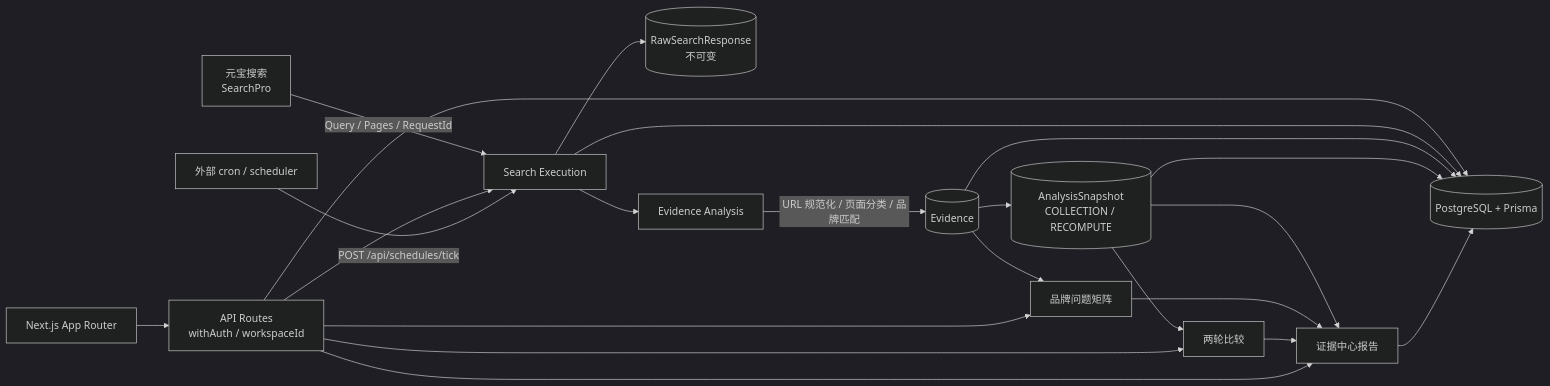
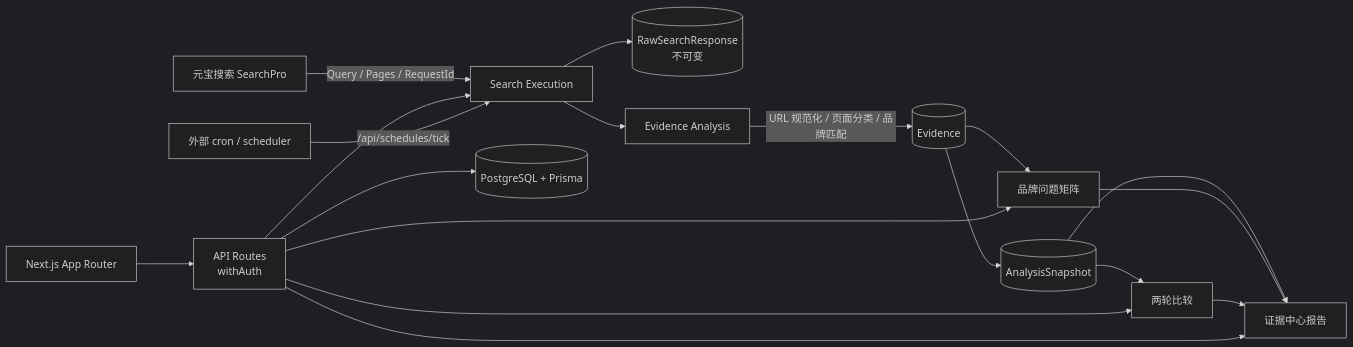
The diagram in README.md (Leterhong/GEO-Radar), drawn with Mermaid (dark theme) before and after one commit. The commit also changed other lines of this file and 2 other files, not shown here.

````diff
--- a/README.md
+++ b/README.md
@@ -142,24 +134,20 @@
 ```mermaid
 flowchart LR
-    YB[元宝搜索<br/>SearchPro] -->|Query / Pages / RequestId| SE[Search Execution]
+    YB[元宝搜索 SearchPro] -->|Query / Pages / RequestId| SE[Search Execution]
     SE --> RAW[(RawSearchResponse<br/>不可变)]
     SE --> EA[Evidence Analysis]
     EA -->|URL 规范化 / 页面分类 / 品牌匹配| EV[(Evidence)]
     EV --> MX[品牌问题矩阵]
-    EV --> SN[(AnalysisSnapshot<br/>COLLECTION / RECOMPUTE)]
+    EV --> SN[(AnalysisSnapshot)]
     SN --> CP[两轮比较]
     SN --> RP[证据中心报告]
     MX --> RP
     CP --> RP
-    UI[Next.js App Router] --> API[API Routes<br/>withAuth / workspaceId]
+    UI[Next.js App Router] --> API[API Routes<br/>withAuth]
     API --> SE
     API --> MX
     API --> CP
     API --> RP
-    SCH[外部 cron / scheduler] -->|POST /api/schedules/tick| SE
+    SCH[外部 cron / scheduler] -->|/api/schedules/tick| SE
     API --> DB[(PostgreSQL + Prisma)]
-    SE --> DB
-    EV --> DB
-    SN --> DB
-    RP --> DB
 ```
````
